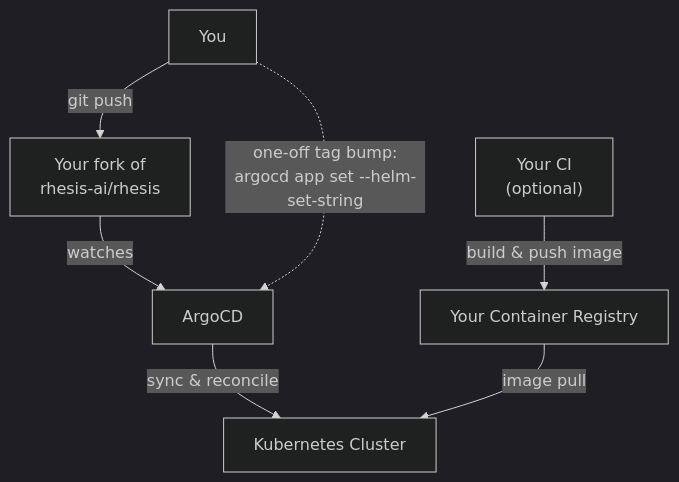
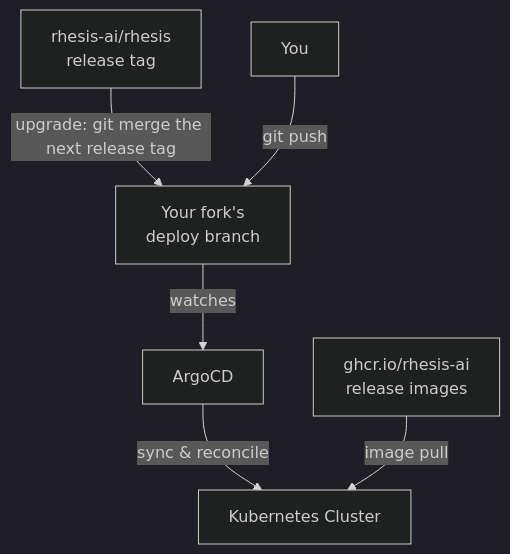
Before and after one commit to rhesis-ai/rhesis: the first of 3 diagrams in docs/content/self-hosting/kubernetes-helm.mdx, drawn with Mermaid (dark theme). The commit also changed other lines of this file and 20 other files, not shown here.

First line of the commit message:
Pin self-hosted installs to a release's config and images (#3209)

````diff
--- a/docs/content/self-hosting/kubernetes-helm.mdx
+++ b/docs/content/self-hosting/kubernetes-helm.mdx
@@ -25,9 +25,8 @@
 ```mermaid
 flowchart TD
-    You[You] -->|git push| Repo["Your fork of<br/>rhesis-ai/rhesis"]
+    Upstream["rhesis-ai/rhesis<br/>release tag"] -->|"upgrade: git merge the next release tag"| Repo
+    You[You] -->|git push| Repo["Your fork's<br/>deploy branch"]
     Repo -->|watches| ArgoCD[ArgoCD]
     ArgoCD -->|sync & reconcile| Cluster[Kubernetes Cluster]
-    CI["Your CI<br/>(optional)"] -->|build & push image| Registry[Your Container Registry]
-    Registry -->|image pull| Cluster
-    You -.->|"one-off tag bump:<br/>argocd app set --helm-set-string"| ArgoCD
+    GHCR["ghcr.io/rhesis-ai<br/>release images"] -->|image pull| Cluster
 ```
````
